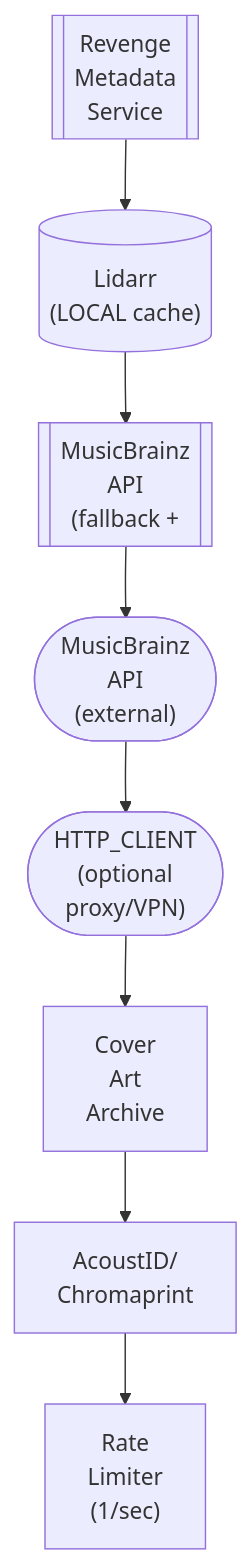
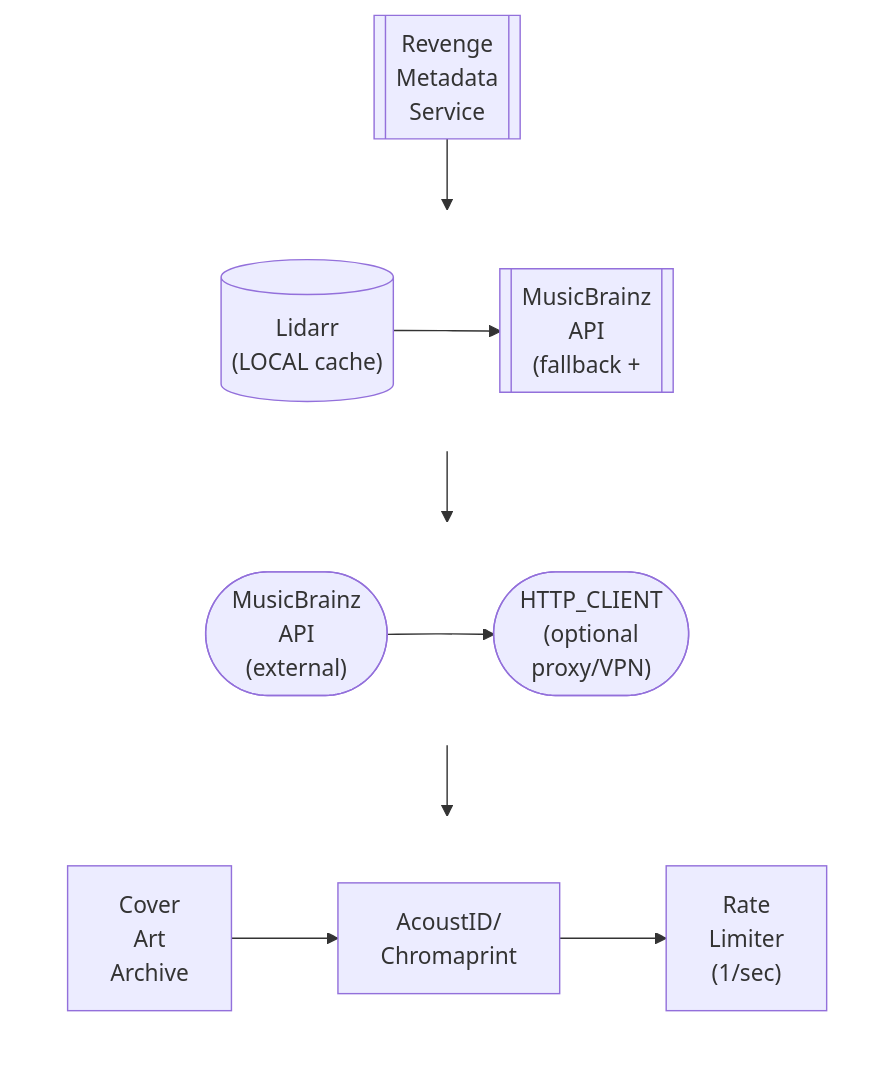
The diagram in docs/dev/design/integrations/metadata/music/MUSICBRAINZ.md (lusoris/revenge), drawn with Mermaid before and after one commit. The commit also changed 210 other files, not shown here.

First line of the commit message:
feat(docs): Add horizontal layout support for Mermaid diagrams

````diff
--- a/docs/dev/design/integrations/metadata/music/MUSICBRAINZ.md
+++ b/docs/dev/design/integrations/metadata/music/MUSICBRAINZ.md
@@ -61,18 +61,32 @@
 ```mermaid
 flowchart TD
     node1[["Revenge<br/>Metadata<br/>Service"]]
-    node2[("Lidarr<br/>(LOCAL cache)")]
-    node3[["MusicBrainz<br/>API<br/>(fallback +"]]
-    node4(["MusicBrainz<br/>API<br/>(external)"])
-    node5(["HTTP_CLIENT<br/>(optional<br/>proxy/VPN)"])
-    node6["Cover<br/>Art<br/>Archive"]
-    node7["AcoustID/<br/>Chromaprint"]
-    node8["Rate<br/>Limiter<br/>(1/sec)"]
+    subgraph row1[ ]
+        direction LR
+        node2[("Lidarr<br/>(LOCAL cache)")]
+        node3[["MusicBrainz<br/>API<br/>(fallback +"]]
+    end
+    subgraph row2[ ]
+        direction LR
+        node4(["MusicBrainz<br/>API<br/>(external)"])
+        node5(["HTTP_CLIENT<br/>(optional<br/>proxy/VPN)"])
+    end
+    subgraph row3[ ]
+        direction LR
+        node6["Cover<br/>Art<br/>Archive"]
+        node7["AcoustID/<br/>Chromaprint"]
+        node8["Rate<br/>Limiter<br/>(1/sec)"]
+    end
     node2 --> node3
     node4 --> node5
     node6 --> node7
     node7 --> node8
     node1 --> node2
     node3 --> node4
     node5 --> node6
+
+    %% Hide row subgraph borders
+    style row1 fill:transparent,stroke:transparent
+    style row2 fill:transparent,stroke:transparent
+    style row3 fill:transparent,stroke:transparent
 ```
````
